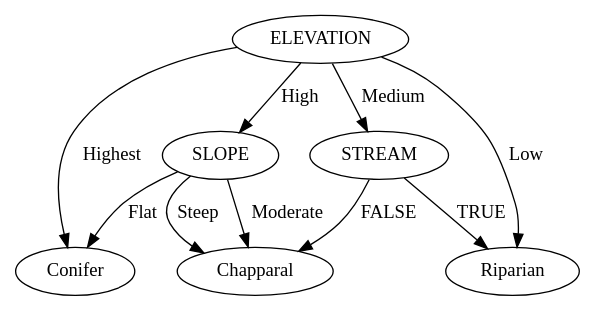
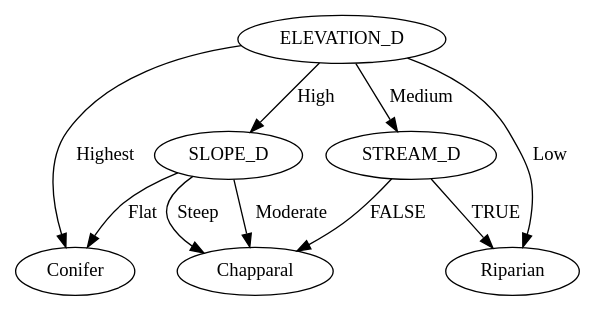
One commit to MostafaAbdallah/Machine_Learning_Algo_implementation changed the diagram in ID3/vegetation.gv. Above: the diagram before and after it, drawn with Graphviz. The commit also changed 7 other files, not shown here.

```diff
--- a/ID3/vegetation.gv
+++ b/ID3/vegetation.gv
@@ -1,23 +1,23 @@
 digraph finite_state_machine {
 	rankdir=TB size="8,5"
 	node [shape=ellipse]
-	ELEVATION
-	ELEVATION -> SLOPE [label=High]
-	ELEVATION -> Riparian [label=Low]
-	ELEVATION -> STREAM [label=Medium]
-	ELEVATION -> Conifer [label=Highest]
-	SLOPE
-	SLOPE -> Chapparal [label=Steep]
-	SLOPE -> Chapparal [label=Moderate]
-	SLOPE -> Conifer [label=Flat]
+	ELEVATION_D
+	ELEVATION_D -> SLOPE_D [label=High]
+	ELEVATION_D -> Riparian [label=Low]
+	ELEVATION_D -> STREAM_D [label=Medium]
+	ELEVATION_D -> Conifer [label=Highest]
+	SLOPE_D
+	SLOPE_D -> Chapparal [label=Steep]
+	SLOPE_D -> Chapparal [label=Moderate]
+	SLOPE_D -> Conifer [label=Flat]
 	Riparian
-	STREAM
-	STREAM -> Chapparal [label=FALSE]
-	STREAM -> Riparian [label=TRUE]
+	STREAM_D
+	STREAM_D -> Chapparal [label=FALSE]
+	STREAM_D -> Riparian [label=TRUE]
 	Conifer
 	Chapparal
 	Chapparal
 	Conifer
 	Chapparal
 	Riparian
 }
```
